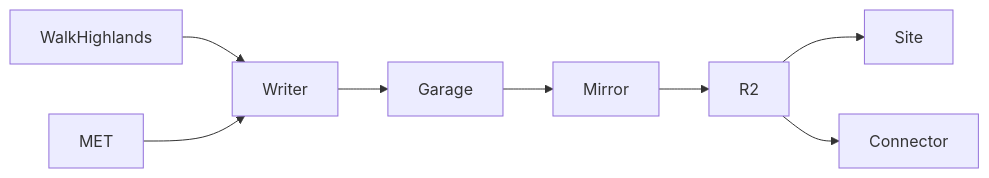
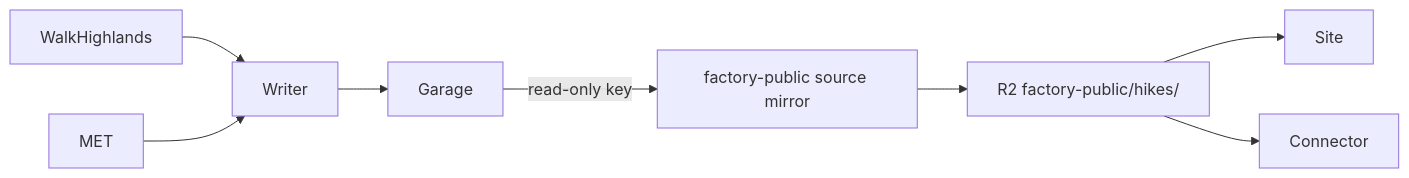
The diagram in projects/hikes/ARCHITECTURE.md (jomcgi-org/homelab), drawn with Mermaid before and after one commit. The commit also changed other lines of this file and 29 other files, not shown here.

````diff
--- a/projects/hikes/ARCHITECTURE.md
+++ b/projects/hikes/ARCHITECTURE.md
@@ -7,9 +7,9 @@
 ```mermaid
 flowchart LR
   WalkHighlands --> Writer
   MET --> Writer
   Writer --> Garage
-  Garage --> Mirror --> R2
+  Garage -- read-only key --> Mirror[factory-public source mirror] --> R2[R2 factory-public/hikes/]
   R2 --> Site
   R2 --> Connector
 ```
````
